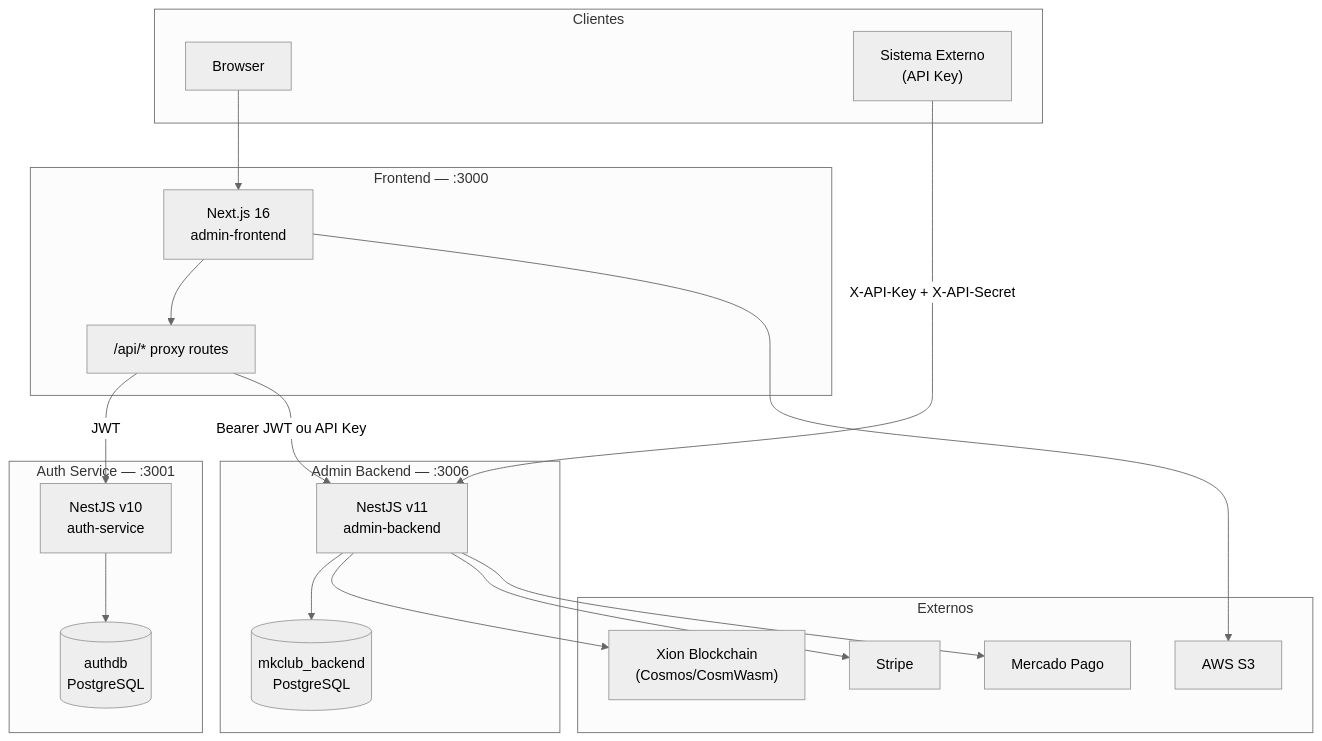
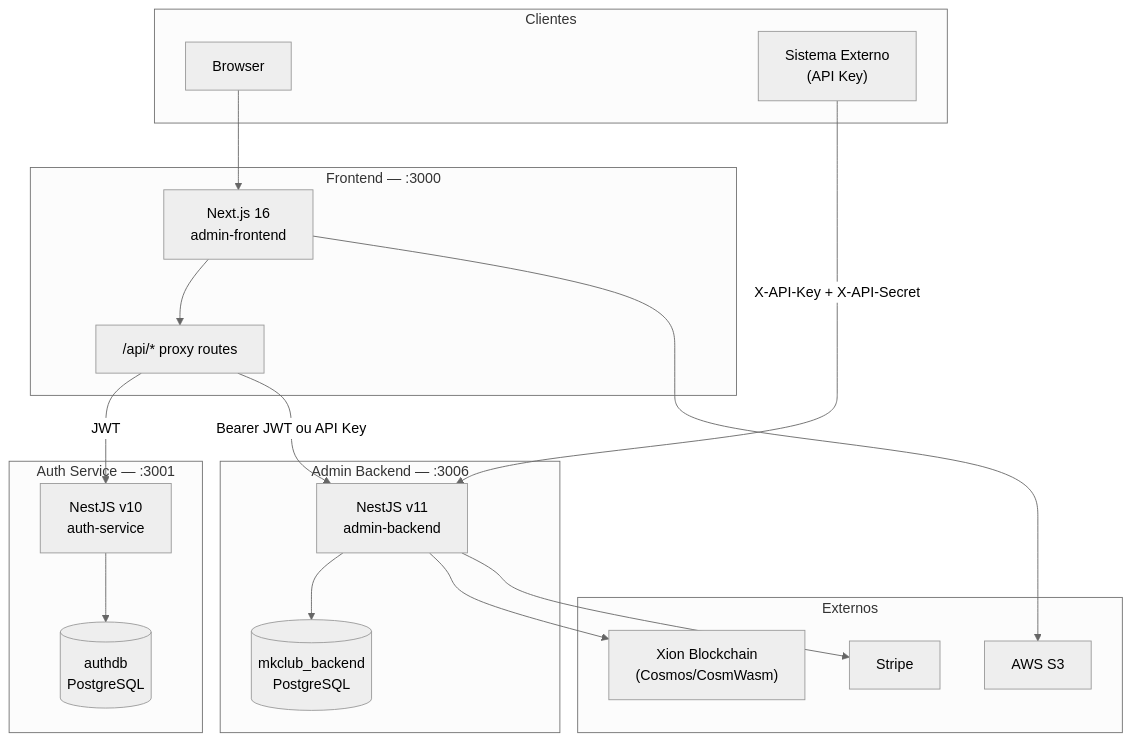
The first of 2 diagrams in docs/arquitetura/visao-geral.md (mintvrs/mintvrs-docs), drawn with Mermaid (neutral theme) before and after one commit. The commit also changed other lines of this file and 79 other files, not shown here.

````diff
--- a/docs/arquitetura/visao-geral.md
+++ b/docs/arquitetura/visao-geral.md
@@ -13,41 +13,39 @@
 ```mermaid
 graph TB
     subgraph "Clientes"
         BROWSER["Browser"]
         EXTAPI["Sistema Externo\n(API Key)"]
     end
 
     subgraph "Frontend — :3000"
         FE["Next.js 16\nadmin-frontend"]
         PROXY["/api/* proxy routes"]
     end
 
     subgraph "Auth Service — :3001"
         AUTH["NestJS v10\nauth-service"]
         AUTHDB[("authdb\nPostgreSQL")]
     end
 
     subgraph "Admin Backend — :3006"
         BACK["NestJS v11\nadmin-backend"]
         BACKDB[("mkclub_backend\nPostgreSQL")]
     end
 
     subgraph "Externos"
         XION["Xion Blockchain\n(Cosmos/CosmWasm)"]
         STRIPE["Stripe"]
-        MP["Mercado Pago"]
         S3["AWS S3"]
     end
 
     BROWSER --> FE
     EXTAPI -->|"X-API-Key + X-API-Secret"| BACK
     FE --> PROXY
     PROXY -->|"JWT"| AUTH
     PROXY -->|"Bearer JWT ou API Key"| BACK
     AUTH --> AUTHDB
     BACK --> BACKDB
     BACK --> XION
     BACK --> STRIPE
-    BACK --> MP
     FE --> S3
 ```
````
